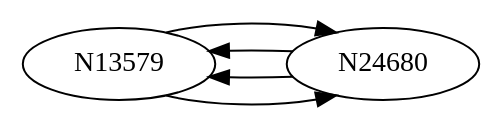
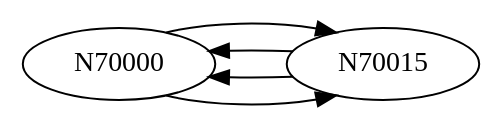
The diagram in cmake-build-debug/grafica_LC_Mantenimiento.dot (Samashoas/202109705_Proyecto_EDD), drawn with Graphviz before and after one commit. The commit also changed 24 other files, not shown here.

```diff
--- a/cmake-build-debug/grafica_LC_Mantenimiento.dot
+++ b/cmake-build-debug/grafica_LC_Mantenimiento.dot
@@ -1,8 +1,8 @@
 digraph G { rankdir=LR; node [shape=oval];
-node0 [label="N13579"];
-node1 [label="N24680"];
+node0 [label="N70000"];
+node1 [label="N70015"];
 node0 -> node1;
 node1 -> node0;
 node1 -> node0;
 node0 -> node1;
  }
```
